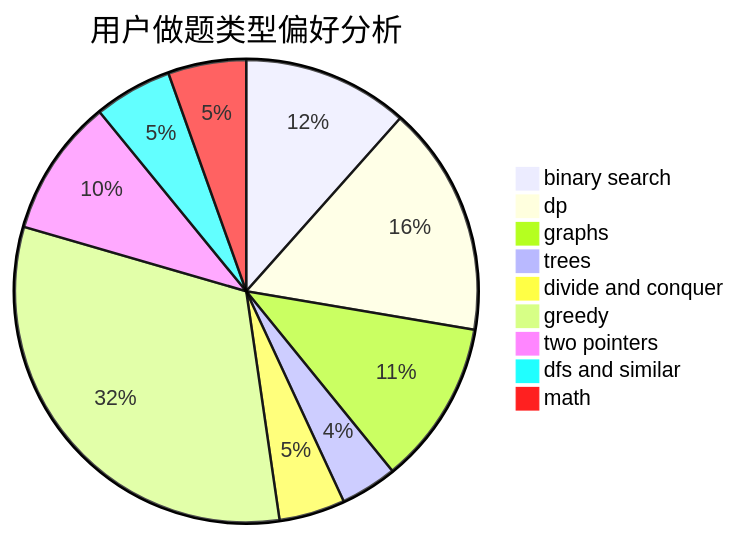
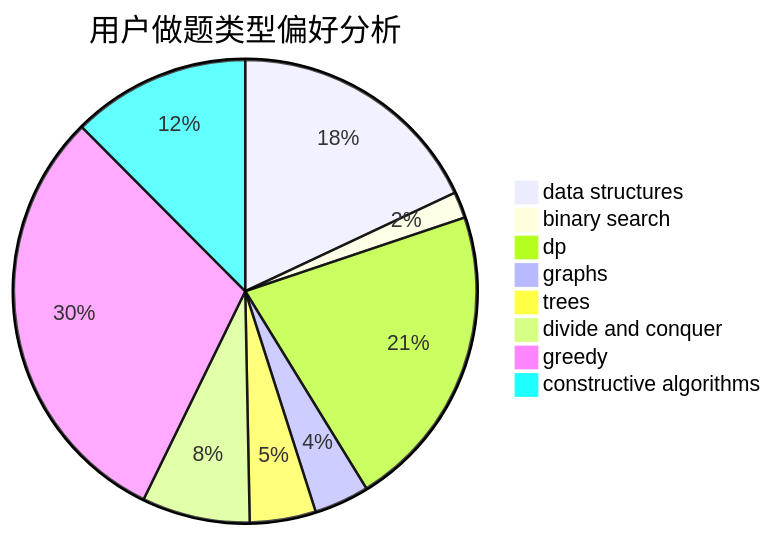
The second of 3 diagrams in docs/user/u431.md (sherpahu/cfrs.github.io), drawn with Mermaid before and after one commit. The commit also changed other lines of this file and 2775 other files, not shown here.

````diff
--- a/docs/user/u431.md
+++ b/docs/user/u431.md
@@ -23,12 +23,11 @@
 ```mermaid
 pie title 用户做题类型偏好分析
-    "binary search" :  123
-    "dp" :  171
-    "graphs" :  122
-    "trees" :  42
+    "data structures" :  117
+    "binary search" :  12
+    "dp" :  139
+    "graphs" :  25
+    "trees" :  30
     "divide and conquer" :  49
-    "greedy" :  338
-    "two pointers" :  102
-    "dfs and similar" :  58
-    "math" :  58
+    "greedy" :  197
+    "constructive algorithms" :  81
 ```
````
